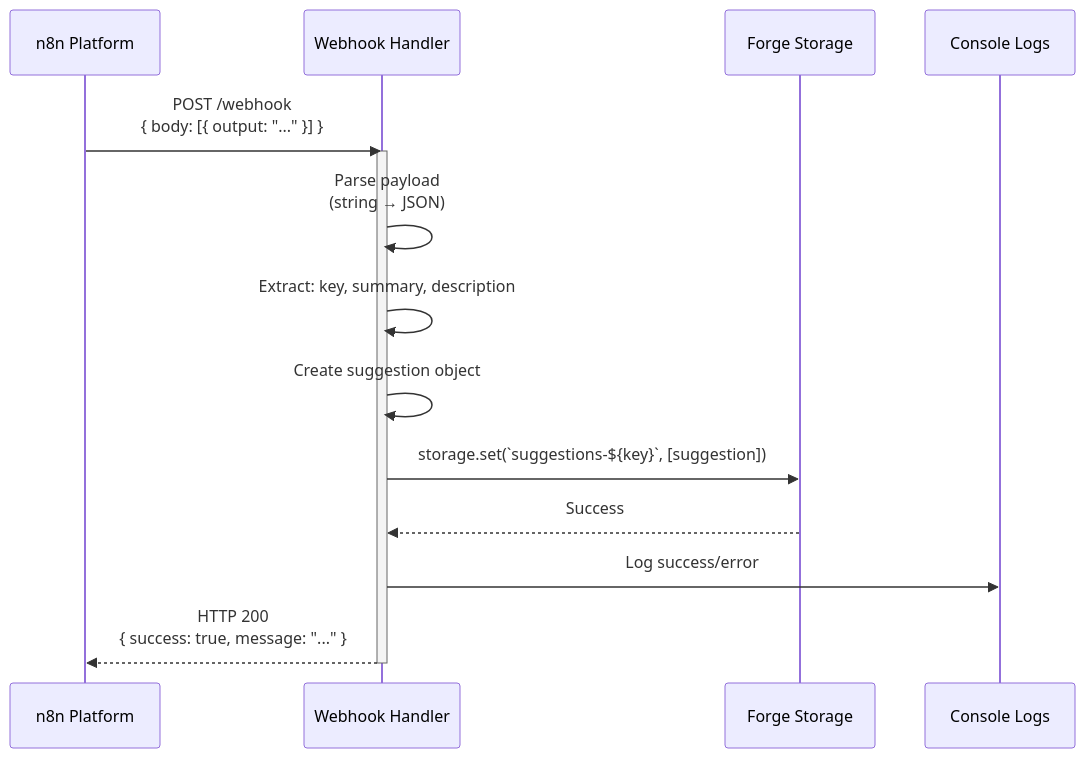
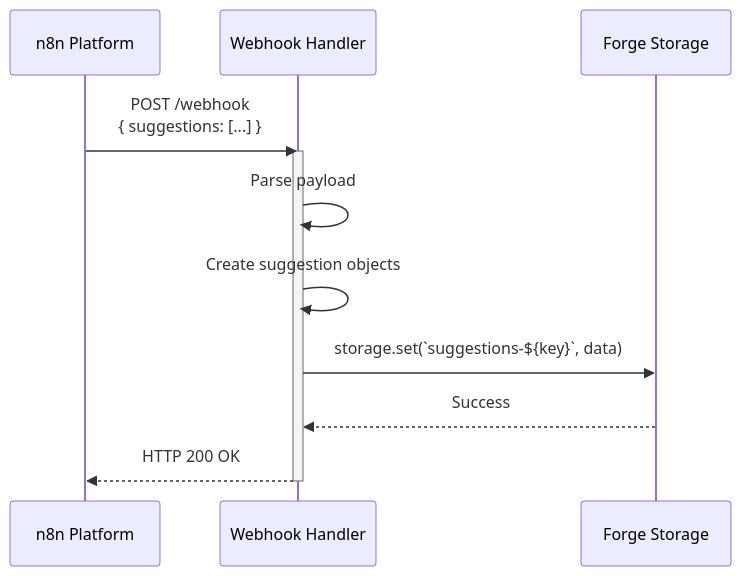
One commit to jabrealmoe/ai-suggest changed the third of 4 diagrams in FLOW_DIAGRAM.md. Above: the diagram before and after it, drawn with Mermaid. The commit also changed other lines of this file and 1 other file, not shown here.

````diff
--- a/FLOW_DIAGRAM.md
+++ b/FLOW_DIAGRAM.md
@@ -42,18 +73,15 @@
 ```mermaid
 sequenceDiagram
     participant N8N as n8n Platform
     participant WH as Webhook Handler
     participant STORAGE as Forge Storage
-    participant LOG as Console Logs
     
-    N8N->>WH: POST /webhook<br/>{ body: [{ output: "..." }] }
+    N8N->>WH: POST /webhook<br/>{ suggestions: [...] }
     activate WH
-    WH->>WH: Parse payload<br/>(string → JSON)
-    WH->>WH: Extract: key, summary, description
-    WH->>WH: Create suggestion object
-    WH->>STORAGE: storage.set(`suggestions-${key}`, [suggestion])
+    WH->>WH: Parse payload
+    WH->>WH: Create suggestion objects
+    WH->>STORAGE: storage.set(`suggestions-${key}`, data)
     STORAGE-->>WH: Success
-    WH->>LOG: Log success/error
-    WH-->>N8N: HTTP 200<br/>{ success: true, message: "..." }
+    WH-->>N8N: HTTP 200 OK
     deactivate WH
 ```
````
